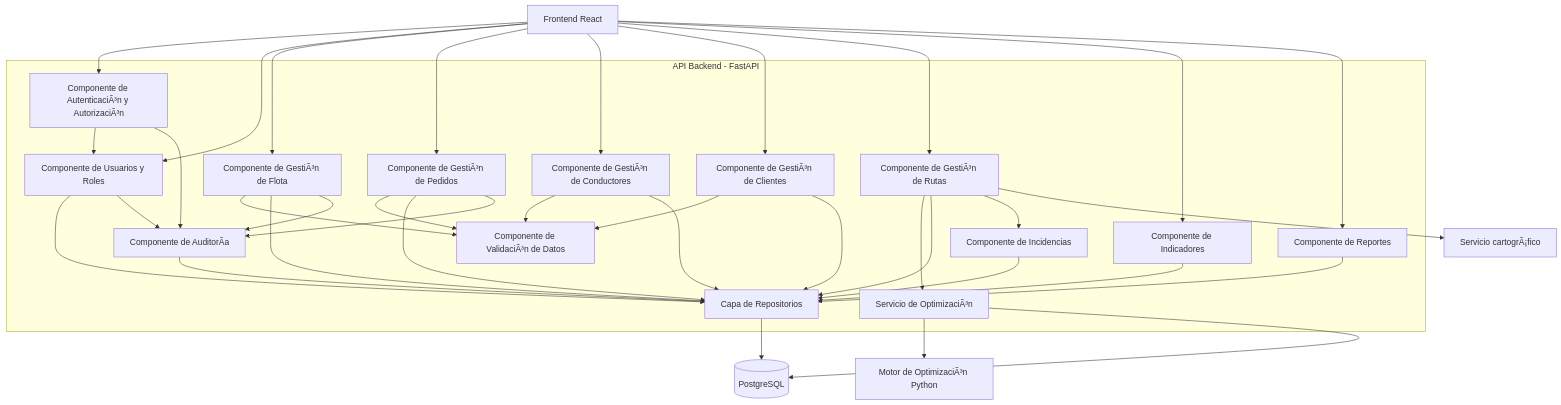
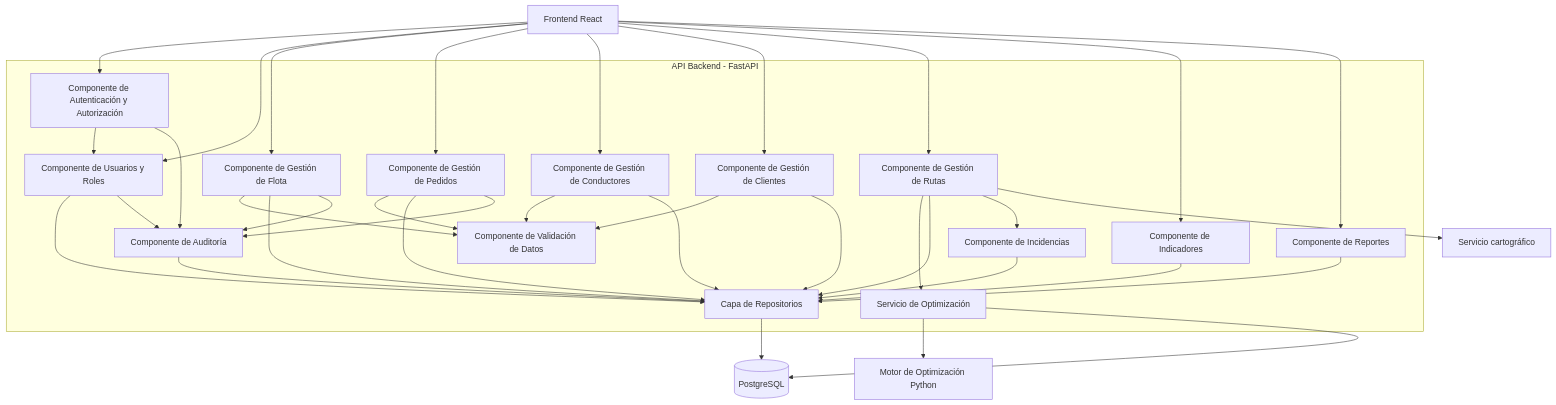
The third of 5 diagrams in docs/01 Inicio/12. Modelo C4 V_1_1_0.md (LeeoGold/EcoLogistics), drawn with Mermaid before and after one commit. The commit also changed other lines of this file and 12 other files, not shown here.

````diff
--- a/docs/01 Inicio/12. Modelo C4 V_1_1_0.md
+++ b/docs/01 Inicio/12. Modelo C4 V_1_1_0.md
@@ -156,64 +156,64 @@
 ```mermaid
 flowchart TD
     FRONT["Frontend React"]
 
     subgraph API["API Backend - FastAPI"]
-        AUTH["Componente de AutenticaciÃ³n y AutorizaciÃ³n"]
+        AUTH["Componente de Autenticación y Autorización"]
         USERS["Componente de Usuarios y Roles"]
-        FLEET["Componente de GestiÃ³n de Flota"]
-        ORDERS["Componente de GestiÃ³n de Pedidos"]
-        DRIVERS["Componente de GestiÃ³n de Conductores"]
-        CLIENTS["Componente de GestiÃ³n de Clientes"]
-        ROUTES["Componente de GestiÃ³n de Rutas"]
-        OPTSERVICE["Servicio de OptimizaciÃ³n"]
+        FLEET["Componente de Gestión de Flota"]
+        ORDERS["Componente de Gestión de Pedidos"]
+        DRIVERS["Componente de Gestión de Conductores"]
+        CLIENTS["Componente de Gestión de Clientes"]
+        ROUTES["Componente de Gestión de Rutas"]
+        OPTSERVICE["Servicio de Optimización"]
         INDICATORS["Componente de Indicadores"]
         REPORTS["Componente de Reportes"]
         INCIDENTS["Componente de Incidencias"]
-        AUDIT["Componente de AuditorÃ­a"]
-        VALIDATION["Componente de ValidaciÃ³n de Datos"]
+        AUDIT["Componente de Auditoría"]
+        VALIDATION["Componente de Validación de Datos"]
         REPOSITORIES["Capa de Repositorios"]
     end
 
     DB[("PostgreSQL")]
-    OPT["Motor de OptimizaciÃ³n Python"]
-    MAP["Servicio cartogrÃ¡fico"]
+    OPT["Motor de Optimización Python"]
+    MAP["Servicio cartográfico"]
 
     FRONT --> AUTH
     FRONT --> USERS
     FRONT --> FLEET
     FRONT --> ORDERS
     FRONT --> DRIVERS
     FRONT --> CLIENTS
     FRONT --> ROUTES
     FRONT --> INDICATORS
     FRONT --> REPORTS
 
     AUTH --> USERS
     FLEET --> VALIDATION
     ORDERS --> VALIDATION
     DRIVERS --> VALIDATION
     CLIENTS --> VALIDATION
     ROUTES --> OPTSERVICE
 
     USERS --> REPOSITORIES
     FLEET --> REPOSITORIES
     ORDERS --> REPOSITORIES
     DRIVERS --> REPOSITORIES
     CLIENTS --> REPOSITORIES
     ROUTES --> REPOSITORIES
     INDICATORS --> REPOSITORIES
     REPORTS --> REPOSITORIES
     INCIDENTS --> REPOSITORIES
     AUDIT --> REPOSITORIES
 
     OPTSERVICE --> OPT
     ROUTES --> INCIDENTS
     AUTH --> AUDIT
     USERS --> AUDIT
     FLEET --> AUDIT
     ORDERS --> AUDIT
 
     REPOSITORIES --> DB
     OPTSERVICE --> DB
     ROUTES --> MAP
 ```
````
